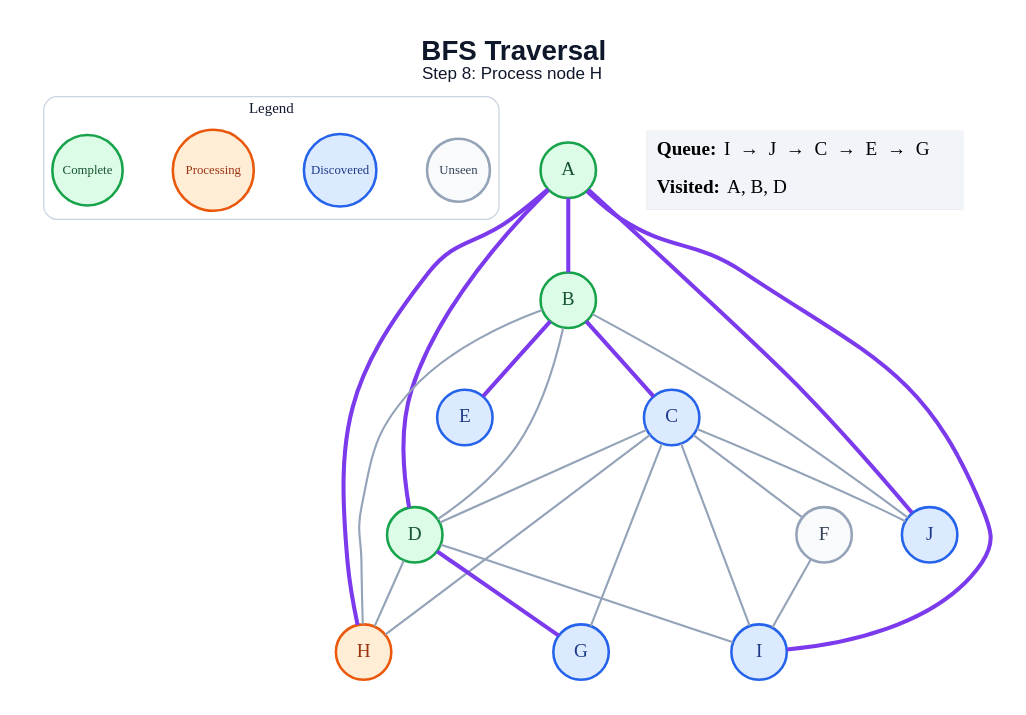
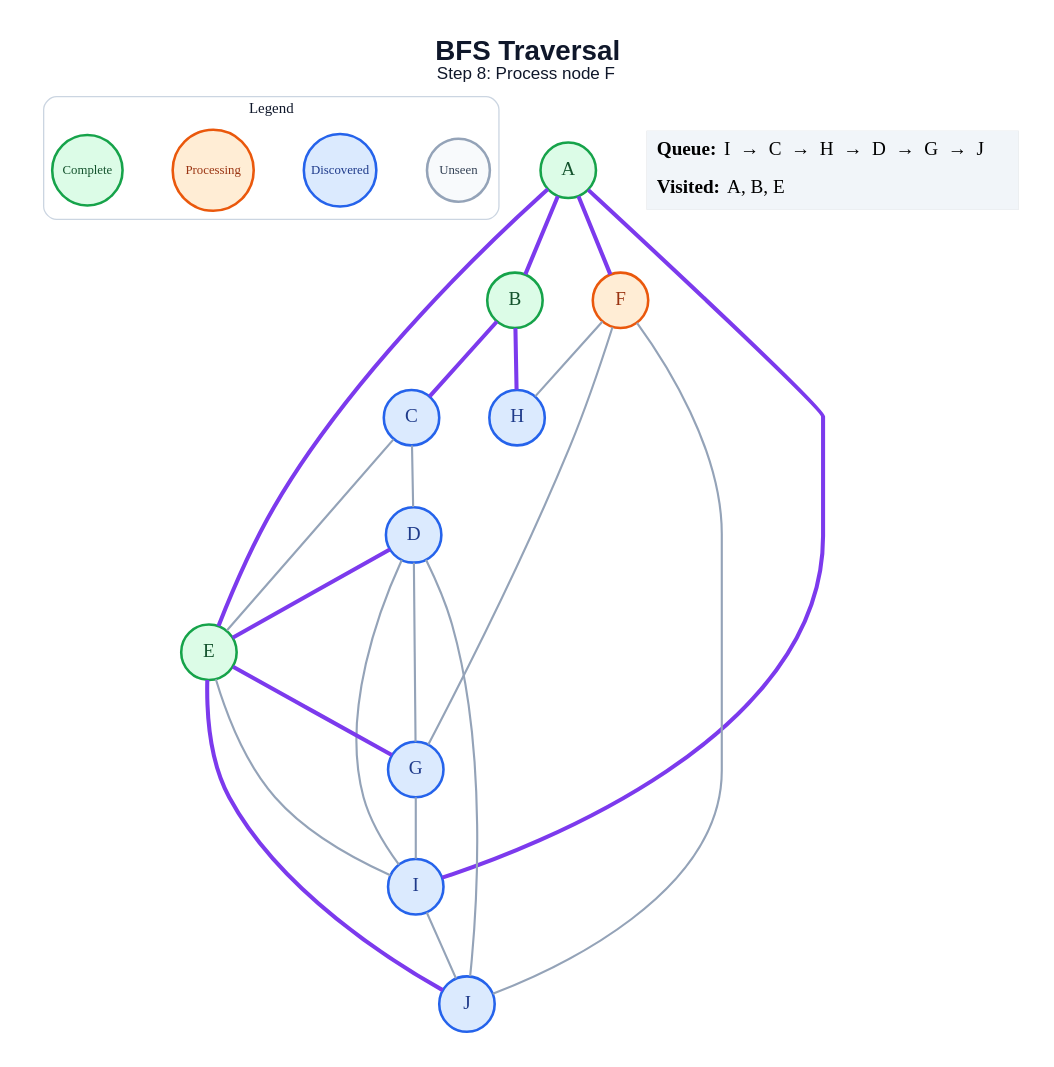
One commit to amanghodawala9/ai-slop changed the diagram in generated/bfs/step_08.dot. Above: the diagram before and after it, drawn with Graphviz. The commit also changed 178 other files, not shown here.

```diff
--- a/generated/bfs/step_08.dot
+++ b/generated/bfs/step_08.dot
@@ -1,49 +1,49 @@
 graph traversal {
   graph [layout=dot, rankdir=TB, bgcolor="#FFFFFF", pad="0.35", nodesep="0.65", ranksep="0.8", fontname="Arial"];
   node [shape=circle, style="filled", fontname="Arial Bold", fontsize=18, width=0.72, fixedsize=true, penwidth=2.4];
   edge [color="#94A3B8", penwidth=2.0];
-  label=<<B>BFS Traversal</B><BR/><FONT POINT-SIZE="16">Step 8: Process node H</FONT>>; labelloc="t"; fontsize=26; fontname="Arial"; fontcolor="#0F172A";
+  label=<<B>BFS Traversal</B><BR/><FONT POINT-SIZE="16">Step 8: Process node F</FONT>>; labelloc="t"; fontsize=26; fontname="Arial"; fontcolor="#0F172A";
   subgraph cluster_legend { label="Legend"; color="#CBD5E1"; penwidth=1.2; style="rounded"; fontsize=14; fontname="Arial Bold";
     key_unseen [label="Unseen", fillcolor="#F8FAFC", color="#94A3B8", fontcolor="#334155", fontsize=12, width=0.82];
     key_frontier [label="Discovered", fillcolor="#DBEAFE", color="#2563EB", fontcolor="#1E3A8A", fontsize=12, width=0.95];
     key_current [label="Processing", fillcolor="#FFEDD5", color="#EA580C", fontcolor="#9A3412", fontsize=12, width=1.05];
     key_done [label="Complete", fillcolor="#DCFCE7", color="#16A34A", fontcolor="#14532D", fontsize=12, width=0.92];
     { rank=same; key_unseen; key_frontier; key_current; key_done; }
   }
   A [fillcolor="#DCFCE7", color="#16A34A", fontcolor="#14532D"];
   B [fillcolor="#DCFCE7", color="#16A34A", fontcolor="#14532D"];
   C [fillcolor="#DBEAFE", color="#2563EB", fontcolor="#1E3A8A"];
-  D [fillcolor="#DCFCE7", color="#16A34A", fontcolor="#14532D"];
-  E [fillcolor="#DBEAFE", color="#2563EB", fontcolor="#1E3A8A"];
-  F [fillcolor="#F8FAFC", color="#94A3B8", fontcolor="#334155"];
+  D [fillcolor="#DBEAFE", color="#2563EB", fontcolor="#1E3A8A"];
+  E [fillcolor="#DCFCE7", color="#16A34A", fontcolor="#14532D"];
+  F [fillcolor="#FFEDD5", color="#EA580C", fontcolor="#9A3412"];
   G [fillcolor="#DBEAFE", color="#2563EB", fontcolor="#1E3A8A"];
-  H [fillcolor="#FFEDD5", color="#EA580C", fontcolor="#9A3412"];
+  H [fillcolor="#DBEAFE", color="#2563EB", fontcolor="#1E3A8A"];
   I [fillcolor="#DBEAFE", color="#2563EB", fontcolor="#1E3A8A"];
   J [fillcolor="#DBEAFE", color="#2563EB", fontcolor="#1E3A8A"];
   A -- B [color="#7C3AED", penwidth=3.8];
-  A -- D [color="#7C3AED", penwidth=3.8];
-  A -- H [color="#7C3AED", penwidth=3.8];
+  A -- E [color="#7C3AED", penwidth=3.8];
+  A -- F [color="#7C3AED", penwidth=3.8];
   A -- I [color="#7C3AED", penwidth=3.8];
-  A -- J [color="#7C3AED", penwidth=3.8];
   B -- C [color="#7C3AED", penwidth=3.8];
-  B -- D;
-  B -- E [color="#7C3AED", penwidth=3.8];
-  B -- H;
-  B -- J;
+  B -- H [color="#7C3AED", penwidth=3.8];
   C -- D;
-  C -- F;
-  C -- G;
-  C -- H;
-  C -- I;
-  C -- J;
-  D -- G [color="#7C3AED", penwidth=3.8];
-  D -- H;
+  C -- E;
+  D -- E [color="#7C3AED", penwidth=3.8];
+  D -- G;
   D -- I;
-  F -- I;
+  D -- J;
+  E -- G [color="#7C3AED", penwidth=3.8];
+  E -- I;
+  E -- J [color="#7C3AED", penwidth=3.8];
+  F -- G;
+  F -- H;
+  F -- J;
+  G -- I;
+  I -- J;
   status [shape=plain, fixedsize=false, width=0, height=0, margin=0, label=<
     <TABLE BORDER="0" CELLBORDER="0" CELLPADDING="7" BGCOLOR="#F1F5F9">
-      <TR><TD ALIGN="LEFT"><B>Queue:</B> I  →  J  →  C  →  E  →  G</TD></TR>
-      <TR><TD ALIGN="LEFT"><B>Visited:</B> A, B, D</TD></TR>
+      <TR><TD ALIGN="LEFT"><B>Queue:</B> I  →  C  →  H  →  D  →  G  →  J</TD></TR>
+      <TR><TD ALIGN="LEFT"><B>Visited:</B> A, B, E</TD></TR>
     </TABLE>
   >];
 }
```
